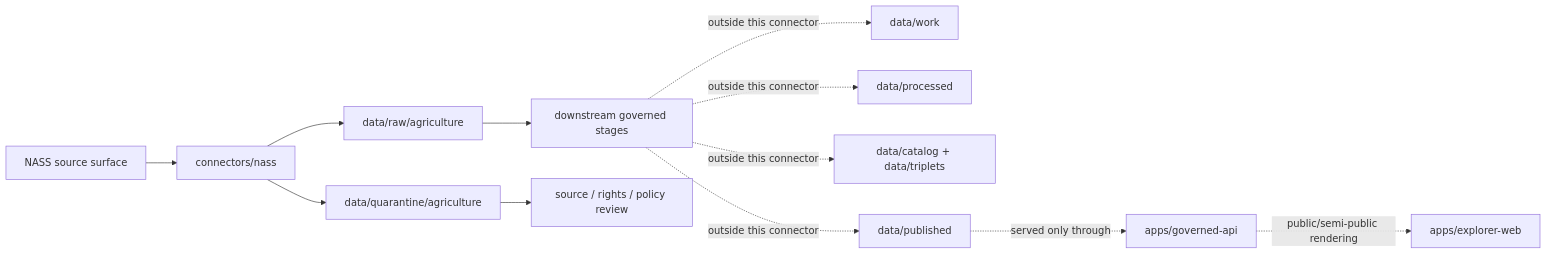
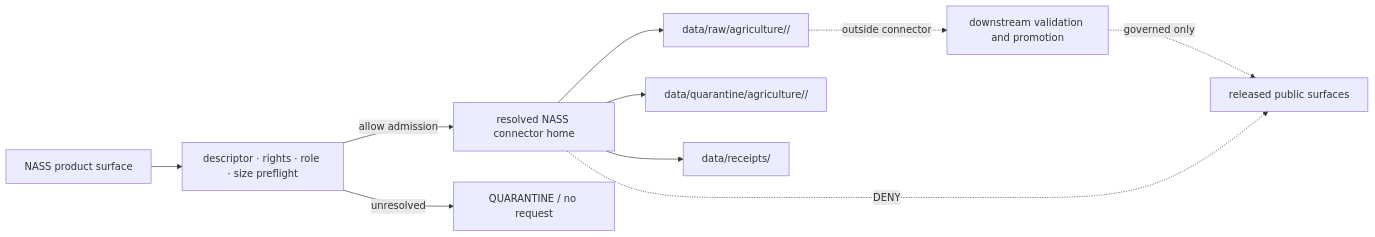
Before and after one commit to bartytime4life/Kansas-Frontier-Matrix: the diagram in connectors/nass/README.md, drawn with Mermaid. The commit also changed other lines of this file, not shown here.

Commit message:
docs(connectors): refresh NASS coordination boundary

````diff
--- a/connectors/nass/README.md
+++ b/connectors/nass/README.md
@@ -103,16 +392,12 @@
 ```mermaid
 flowchart LR
-  SRC[NASS source surface] --> CONN[connectors/nass]
-  CONN --> RAW[data/raw/agriculture]
-  CONN --> QUAR[data/quarantine/agriculture]
-  RAW --> NEXT[downstream governed stages]
-  QUAR --> REVIEW[source / rights / policy review]
-
-  NEXT -. outside this connector .-> WORK[data/work]
-  NEXT -. outside this connector .-> PROC[data/processed]
-  NEXT -. outside this connector .-> CAT[data/catalog + data/triplets]
-  NEXT -. outside this connector .-> PUB[data/published]
-
-  PUB -. served only through .-> API[apps/governed-api]
-  API -. public/semi-public rendering .-> UI[apps/explorer-web]
+    SRC["NASS product surface"] --> PRE["descriptor · rights · role · size preflight"]
+    PRE -->|allow admission| CONN["resolved NASS connector home"]
+    PRE -->|unresolved| HOLD["QUARANTINE / no request"]
+    CONN --> RAW["data/raw/agriculture/<source_id>/<run_id>"]
+    CONN --> QUAR["data/quarantine/agriculture/<reason>/<run_id>"]
+    CONN --> REC["data/receipts/<run_id>"]
+    RAW -. "outside connector" .-> PIPE["downstream validation and promotion"]
+    PIPE -. "governed only" .-> PUB["released public surfaces"]
+    CONN -. "DENY" .-> PUB
 ```
````
